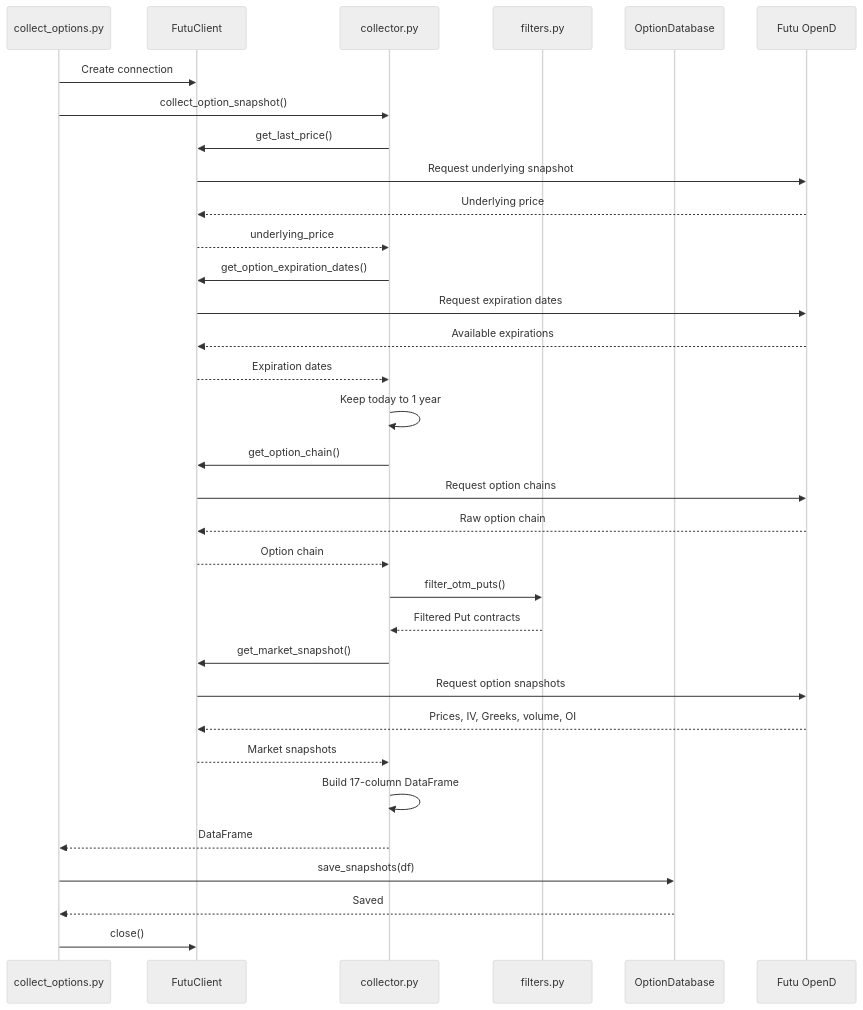
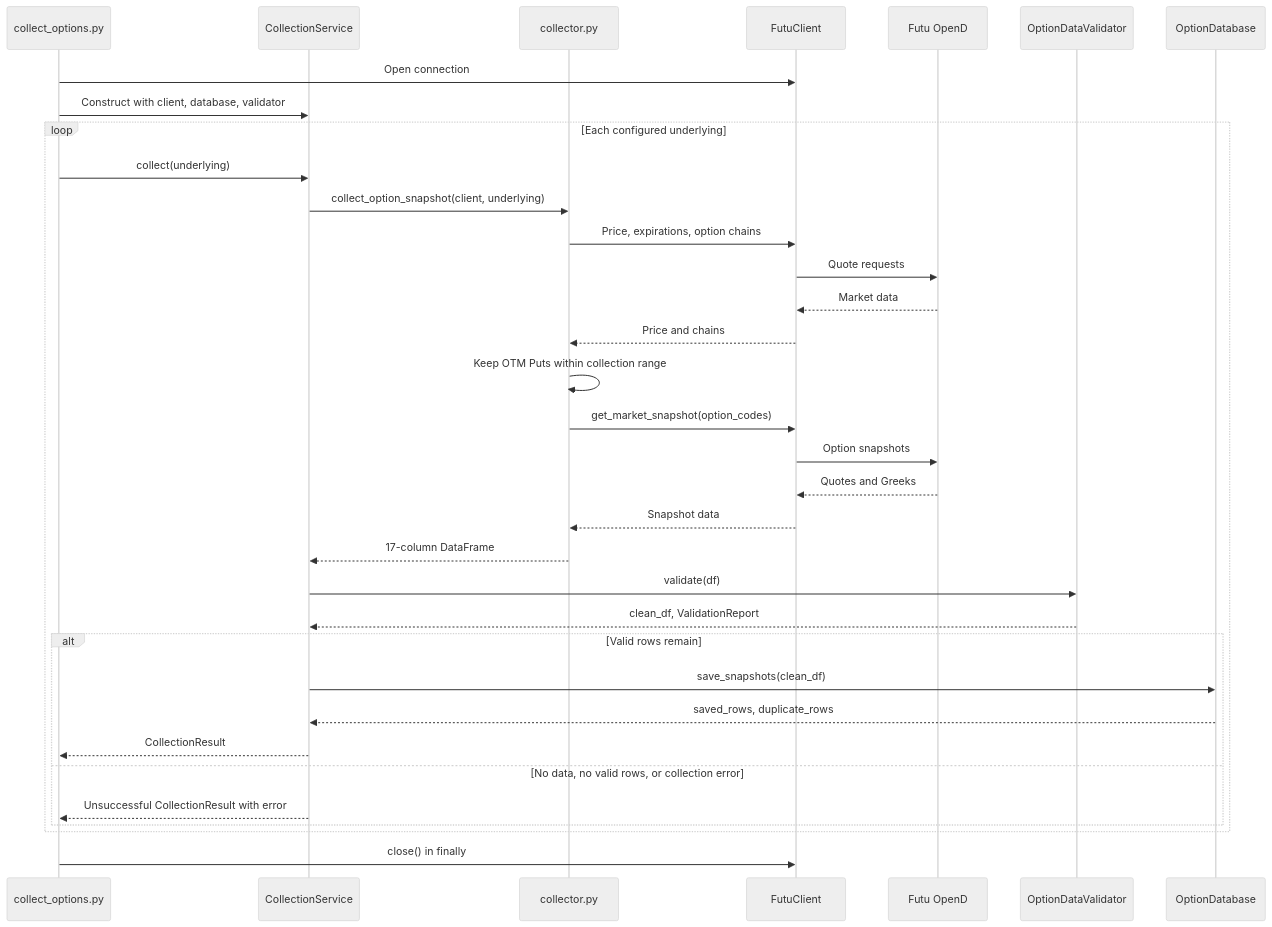
The second of 4 diagrams in docs/architecture.md (theoder01/Lemon-option-quant), drawn with Mermaid (neutral theme) before and after one commit. The commit also changed other lines of this file and 14 other files, not shown here.

````diff
--- a/docs/architecture.md
+++ b/docs/architecture.md
@@ -132,47 +94,37 @@
 ```mermaid
 sequenceDiagram
+    participant Script as collect_options.py
+    participant Service as CollectionService
+    participant Collector as collector.py
+    participant Client as FutuClient
+    participant OpenD as Futu OpenD
+    participant Validator as OptionDataValidator
+    participant DB as OptionDatabase
 
-    participant Script as collect_options.py
-    participant Client as FutuClient
-    participant Collector as collector.py
-    participant Filter as filters.py
-    participant DB as OptionDatabase
-    participant Futu as Futu OpenD
-
-    Script->>Client: Create connection
-    Script->>Collector: collect_option_snapshot()
-
-    Collector->>Client: get_last_price()
-    Client->>Futu: Request underlying snapshot
-    Futu-->>Client: Underlying price
-    Client-->>Collector: underlying_price
-
-    Collector->>Client: get_option_expiration_dates()
-    Client->>Futu: Request expiration dates
-    Futu-->>Client: Available expirations
-    Client-->>Collector: Expiration dates
-
-    Collector->>Collector: Keep today to 1 year
-
-    Collector->>Client: get_option_chain()
-    Client->>Futu: Request option chains
-    Futu-->>Client: Raw option chain
-    Client-->>Collector: Option chain
-
-    Collector->>Filter: filter_otm_puts()
-    Filter-->>Collector: Filtered Put contracts
-
-    Collector->>Client: get_market_snapshot()
-    Client->>Futu: Request option snapshots
-    Futu-->>Client: Prices, IV, Greeks, volume, OI
-    Client-->>Collector: Market snapshots
-
-    Collector->>Collector: Build 17-column DataFrame
-
-    Collector-->>Script: DataFrame
-
-    Script->>DB: save_snapshots(df)
-    DB-->>Script: Saved
-
-    Script->>Client: close()
+    Script->>Client: Open connection
+    Script->>Service: Construct with client, database, validator
+    loop Each configured underlying
+        Script->>Service: collect(underlying)
+        Service->>Collector: collect_option_snapshot(client, underlying)
+        Collector->>Client: Price, expirations, option chains
+        Client->>OpenD: Quote requests
+        OpenD-->>Client: Market data
+        Client-->>Collector: Price and chains
+        Collector->>Collector: Keep OTM Puts within collection range
+        Collector->>Client: get_market_snapshot(option_codes)
+        Client->>OpenD: Option snapshots
+        OpenD-->>Client: Quotes and Greeks
+        Client-->>Collector: Snapshot data
+        Collector-->>Service: 17-column DataFrame
+        Service->>Validator: validate(df)
+        Validator-->>Service: clean_df, ValidationReport
+        alt Valid rows remain
+            Service->>DB: save_snapshots(clean_df)
+            DB-->>Service: saved_rows, duplicate_rows
+            Service-->>Script: CollectionResult
+        else No data, no valid rows, or collection error
+            Service-->>Script: Unsuccessful CollectionResult with error
+        end
+    end
+    Script->>Client: close() in finally
 ```
````
